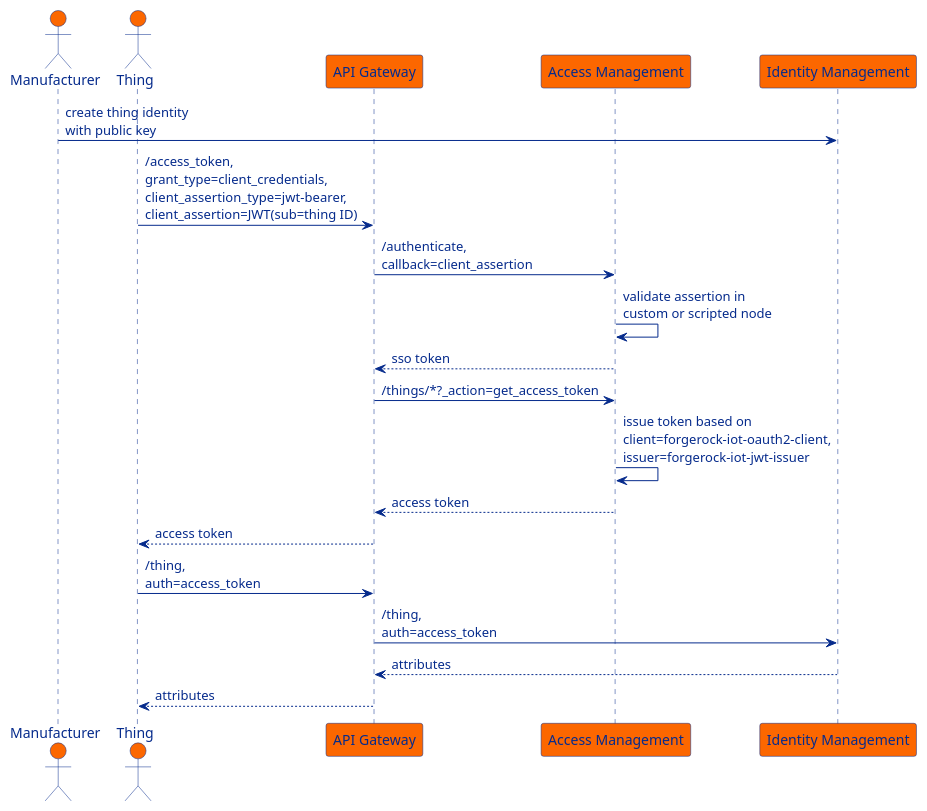
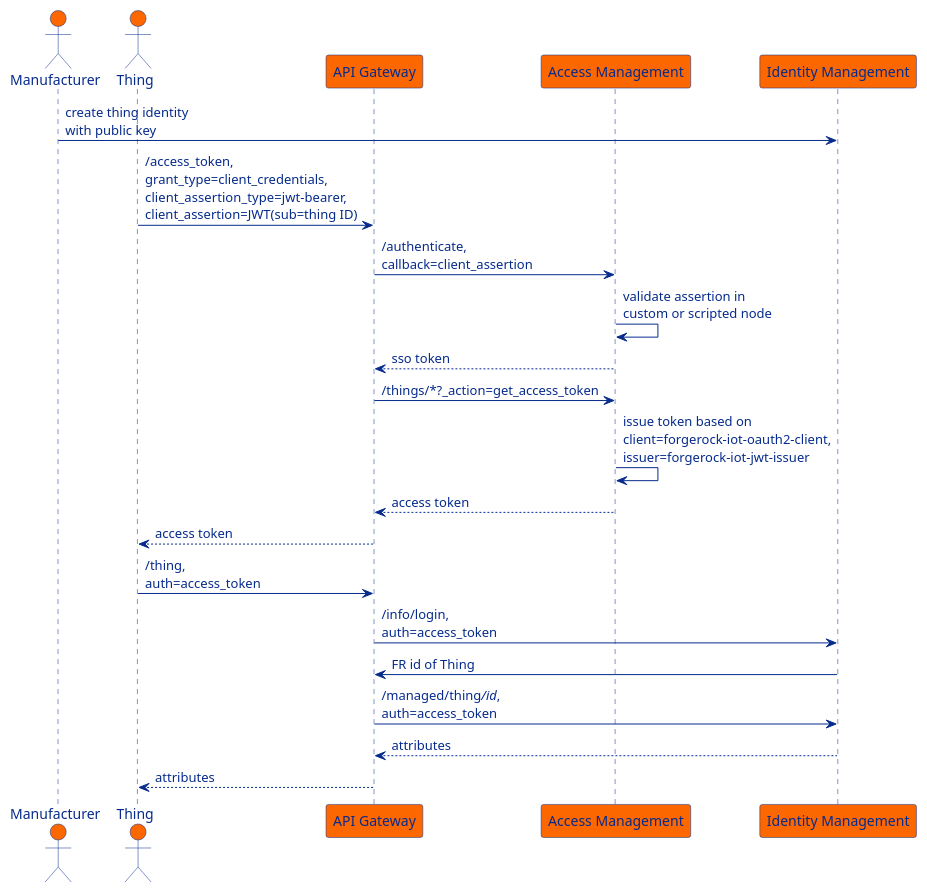
Before and after one commit to ForgeRock/iot-edge: the diagram in examples/proof-of-concept/standard-oauth-api/docs/standard-oauth-api-flow.puml, drawn with PlantUML. The commit also changed 6 other files, not shown here.

```diff
--- a/examples/proof-of-concept/standard-oauth-api/docs/standard-oauth-api-flow.puml
+++ b/examples/proof-of-concept/standard-oauth-api/docs/standard-oauth-api-flow.puml
@@ -1,39 +1,41 @@
 @startuml
 
 skinparam sequence {
     ArrowFontColor #062b8c
     ArrowColor #062b8c
     LifeLineBorderColor #062b8c
 
     ParticipantBorderColor #062b8c
     ParticipantBackgroundColor #fc6700
     ParticipantFontColor #062b8c
 
     ActorBorderColor #062b8c
     ActorBackgroundColor #fc6700
     ActorFontColor #062b8c
 }
 
 actor "Manufacturer" as man
 actor "Thing" as thing
 participant "API Gateway" as ag
 participant "Access Management" as am
 participant "Identity Management" as idm
 
 man -> idm : create thing identity\nwith public key
 
 thing -> ag : /access_token,\ngrant_type=client_credentials,\nclient_assertion_type=jwt-bearer,\nclient_assertion=JWT(sub=thing ID)
 ag -> am: /authenticate,\ncallback=client_assertion
 am -> am : validate assertion in\ncustom or scripted node
 am --> ag : sso token
 ag -> am : /things/*?_action=get_access_token
 am -> am : issue token based on\nclient=forgerock-iot-oauth2-client,\nissuer=forgerock-iot-jwt-issuer
 am --> ag : access token
 ag --> thing : access token
 
 thing -> ag : /thing,\nauth=access_token
-ag -> idm : /thing,\nauth=access_token
+ag -> idm: /info/login,\nauth=access_token
+idm -> ag: FR id of Thing
+ag -> idm : /managed/thing///id//,\nauth=access_token
 idm --> ag : attributes
 ag --> thing : attributes
 
 @enduml
```
